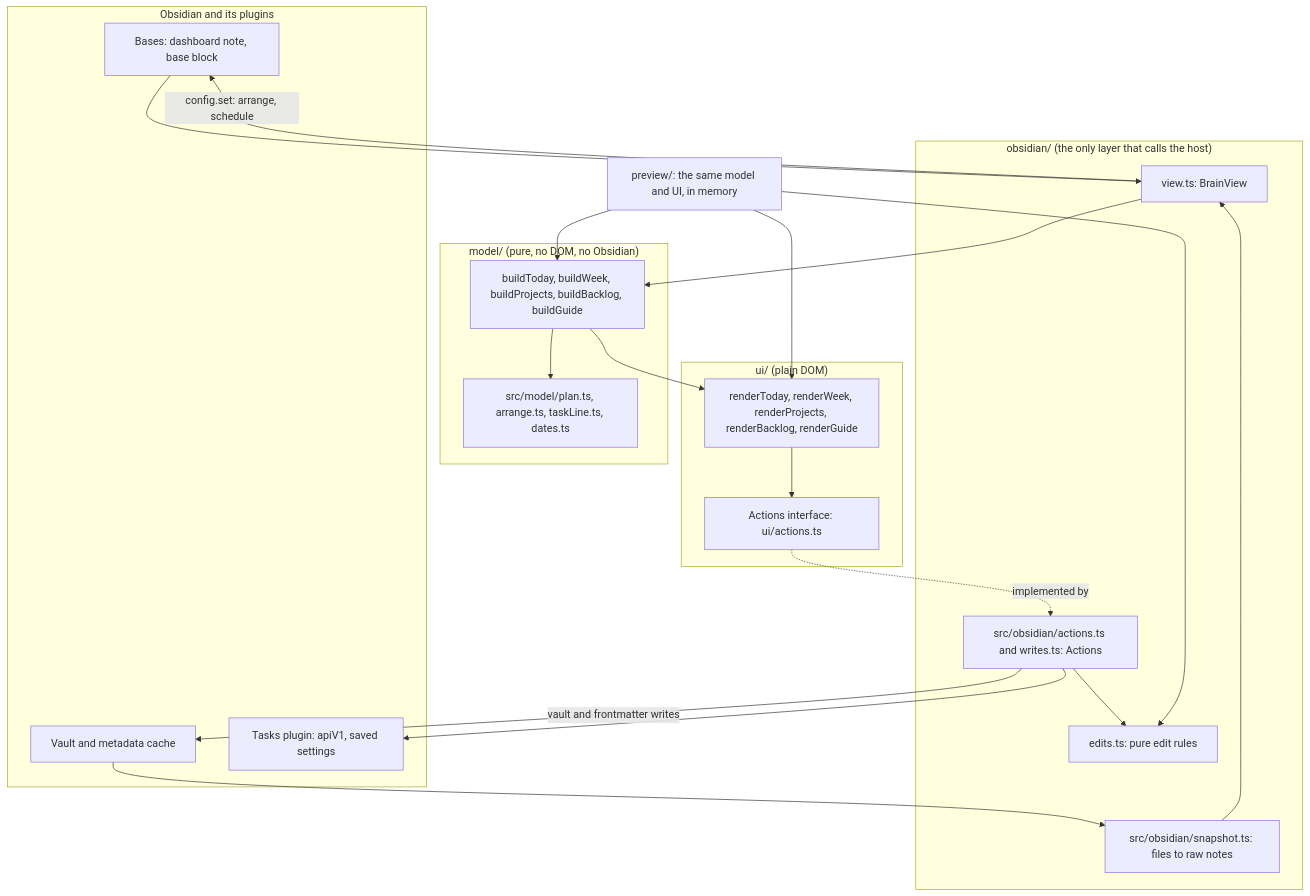
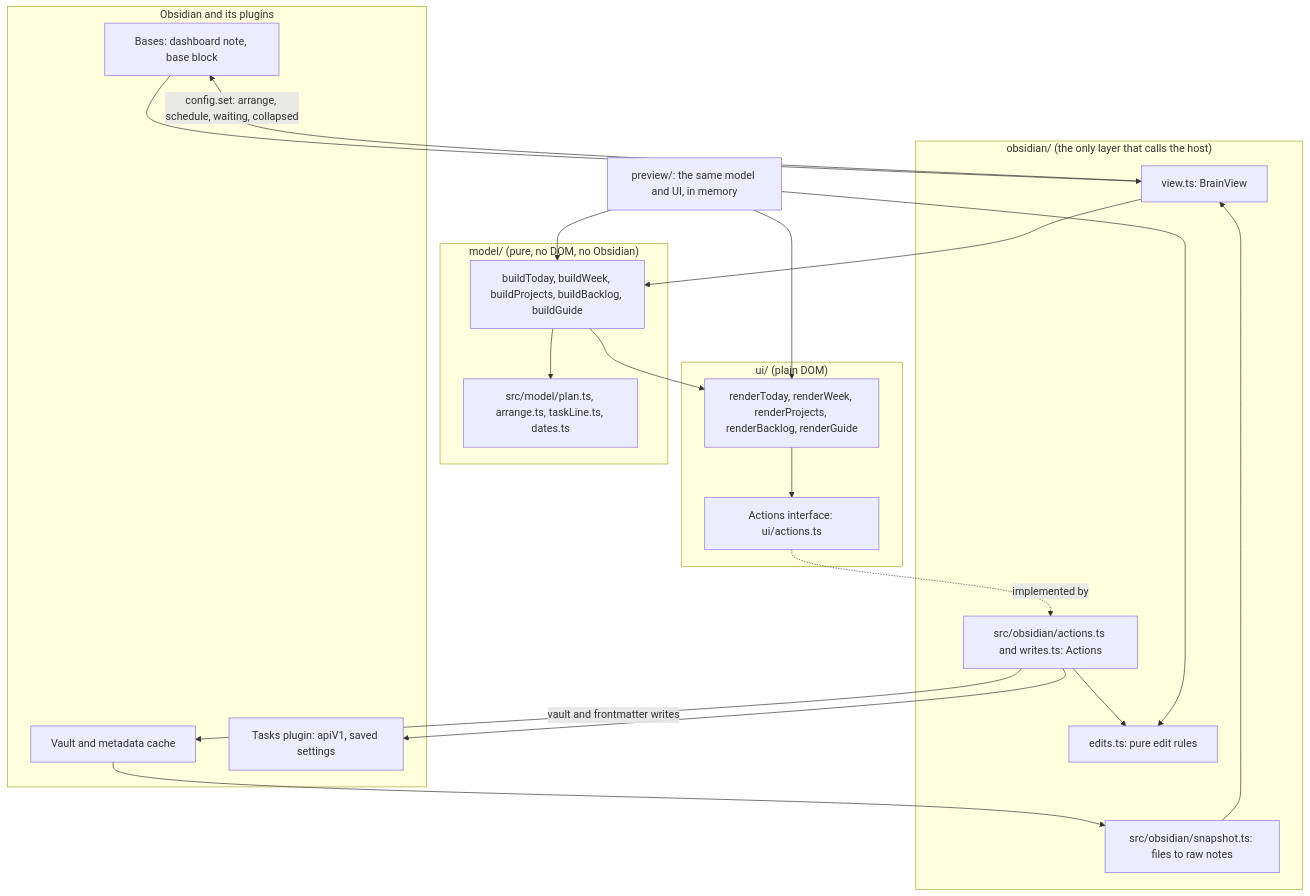
One commit to AlexSendula/ninja-board changed the first of 4 diagrams in docs/ARCHITECTURE.md. Above: the diagram before and after it, drawn with Mermaid. The commit also changed other lines of this file and 29 other files, not shown here.

````diff
--- a/docs/ARCHITECTURE.md
+++ b/docs/ARCHITECTURE.md
@@ -21,39 +21,39 @@
 ```mermaid
 flowchart TB
     subgraph Host["Obsidian and its plugins"]
         Bases["Bases: dashboard note, base block"]
         Cache["Vault and metadata cache"]
         Tasks["Tasks plugin: apiV1, saved settings"]
     end
     subgraph Obs["obsidian/ (the only layer that calls the host)"]
         View["view.ts: BrainView"]
         Snap["src/obsidian/snapshot.ts: files to raw notes"]
         Acts["src/obsidian/actions.ts and writes.ts: Actions"]
         Edits["edits.ts: pure edit rules"]
     end
     subgraph Model["model/ (pure, no DOM, no Obsidian)"]
         Build["buildToday, buildWeek, buildProjects, buildBacklog, buildGuide"]
         Rules["src/model/plan.ts, arrange.ts, taskLine.ts, dates.ts"]
     end
     subgraph UI["ui/ (plain DOM)"]
         Render["renderToday, renderWeek, renderProjects, renderBacklog, renderGuide"]
         Iface["Actions interface: ui/actions.ts"]
     end
     Preview["preview/: the same model and UI, in memory"]
 
     Bases --> View
     Cache --> Snap
     Snap --> View
     View --> Build
     Build --> Rules
     Build --> Render
     Render --> Iface
     Iface -. implemented by .-> Acts
     Acts --> Edits
     Acts --> Tasks
     Acts -->|vault and frontmatter writes| Cache
-    View -->|config.set: arrange, schedule| Bases
+    View -->|config.set: arrange, schedule, waiting, collapsed| Bases
     Preview --> Build
     Preview --> Render
     Preview --> Edits
 ```
````
